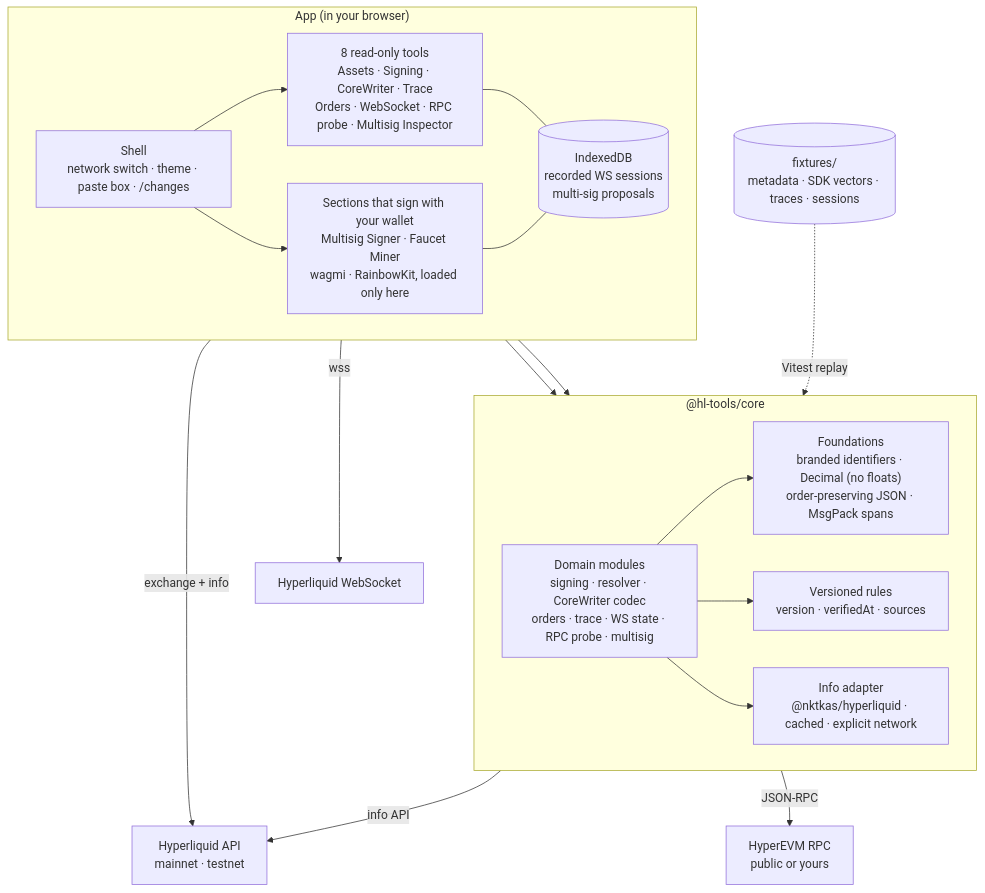
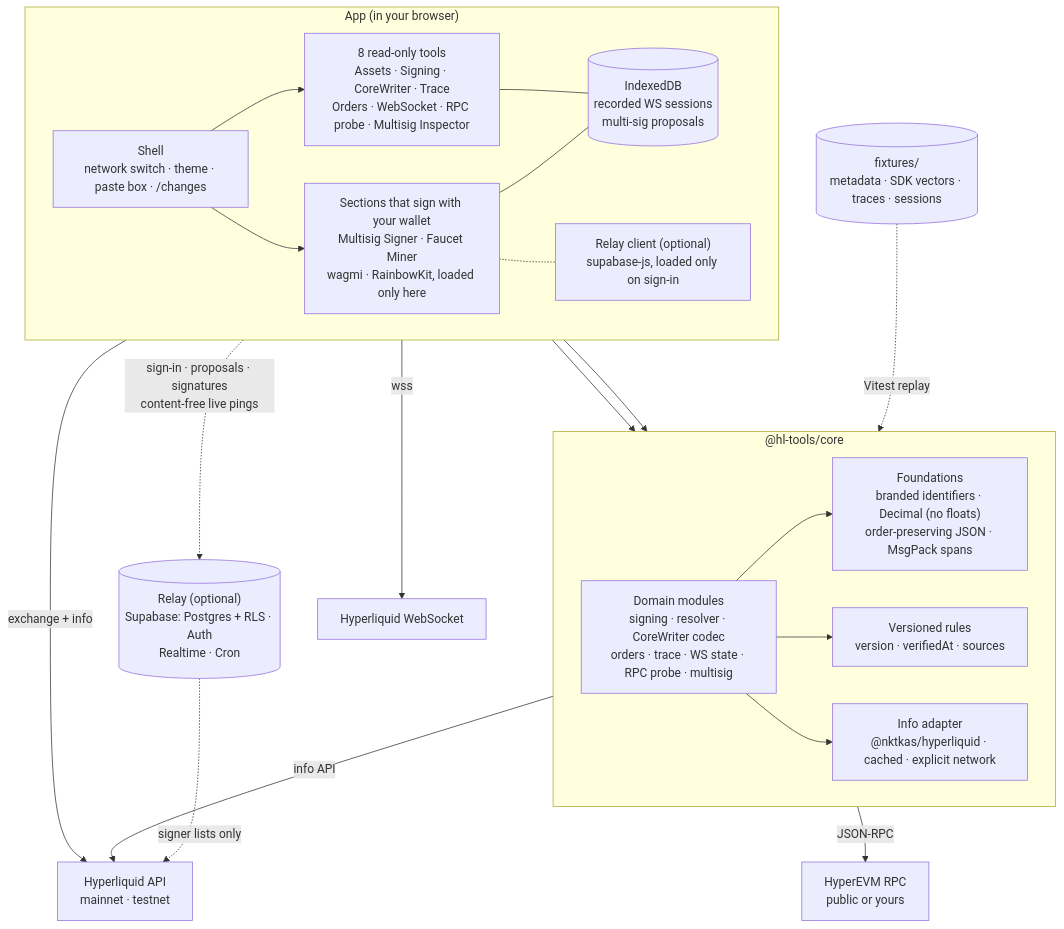
The diagram in README.md (ashwinarora/hl-tools), drawn with Mermaid before and after one commit. The commit also changed other lines of this file and 31 other files, not shown here.

````diff
--- a/README.md
+++ b/README.md
@@ -28,31 +28,35 @@
 ```mermaid
 flowchart TB
     subgraph App["App (in your browser)"]
         direction LR
         Shell["Shell<br/>network switch · theme · paste box · /changes"]
         Tools["8 read-only tools<br/>Assets · Signing · CoreWriter · Trace<br/>Orders · WebSocket · RPC probe · Multisig Inspector"]
         Sign["Sections that sign with your wallet<br/>Multisig Signer · Faucet Miner<br/>wagmi · RainbowKit, loaded only here"]
         IDB[("IndexedDB<br/>recorded WS sessions<br/>multi-sig proposals")]
+        RelayClient["Relay client (optional)<br/>supabase-js, loaded only on sign-in"]
         Shell --> Tools
         Shell --> Sign
         Tools --- IDB
         Sign --- IDB
+        Sign -.- RelayClient
     end
     subgraph Core["@hl-tools/core"]
         direction LR
         Domain["Domain modules<br/>signing · resolver · CoreWriter codec<br/>orders · trace · WS state · RPC probe · multisig"]
         Found["Foundations<br/>branded identifiers · Decimal (no floats)<br/>order-preserving JSON · MsgPack spans"]
         Rules["Versioned rules<br/>version · verifiedAt · sources"]
         Adapter["Info adapter<br/>@nktkas/hyperliquid · cached · explicit network"]
         Domain --> Found
         Domain --> Rules
         Domain --> Adapter
     end
     Tools --> Domain
     Sign --> Domain
     Adapter -->|info API| HLAPI["Hyperliquid API<br/>mainnet · testnet"]
+    RelayClient -. "sign-in · proposals · signatures<br/>content-free live pings" .-> Relay[("Relay (optional)<br/>Supabase: Postgres + RLS · Auth<br/>Realtime · Cron")]
+    Relay -. "signer lists only" .-> HLAPI
     Sign -->|exchange + info| HLAPI
     Tools -->|wss| HLWS["Hyperliquid WebSocket"]
     Domain -->|JSON-RPC| EVM["HyperEVM RPC<br/>public or yours"]
     Fixtures[("fixtures/<br/>metadata · SDK vectors · traces · sessions")] -. "Vitest replay" .-> Domain
 ```
````
